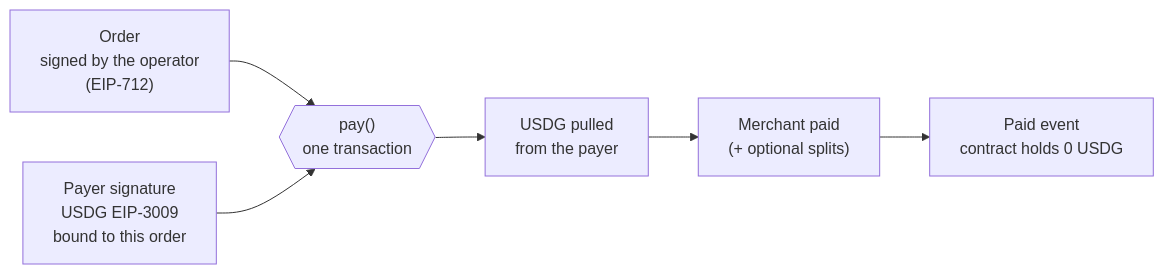
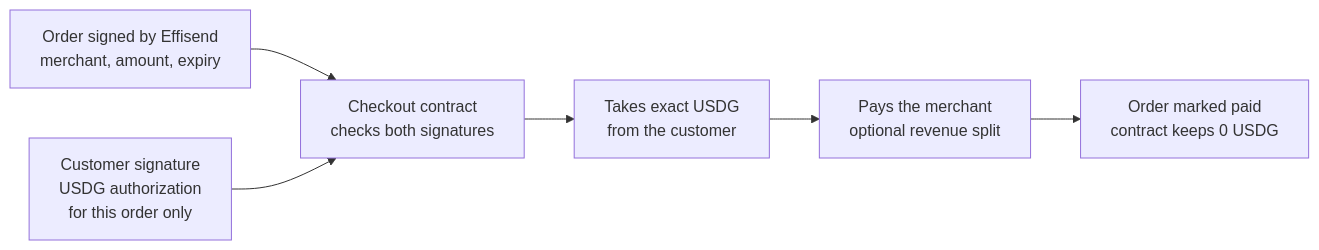
One commit to altaga/Effisend-RH changed the fourth of 7 diagrams in README.md. Above: the diagram before and after it, drawn with Mermaid. The commit also changed other lines of this file, not shown here.

First line of the commit message:
README: explain each feature in plain words; diagrams GitHub can render

````diff
--- a/README.md
+++ b/README.md
@@ -86,8 +106,8 @@
 ```mermaid
 flowchart LR
-  O["Order<br/>signed by the operator<br/>(EIP-712)"] --> P{{"pay()<br/>one transaction"}}
-  S["Payer signature<br/>USDG EIP-3009<br/>bound to this order"] --> P
-  P --> U["USDG pulled<br/>from the payer"]
-  U --> M["Merchant paid<br/>(+ optional splits)"]
-  M --> Z["Paid event<br/>contract holds 0 USDG"]
+  O["Order signed by Effisend<br/>merchant, amount, expiry"] --> P["Checkout contract<br/>checks both signatures"]
+  S["Customer signature<br/>USDG authorization<br/>for this order only"] --> P
+  P --> U["Takes exact USDG<br/>from the customer"]
+  U --> M["Pays the merchant<br/>optional revenue split"]
+  M --> Z["Order marked paid<br/>contract keeps 0 USDG"]
 ```
````
